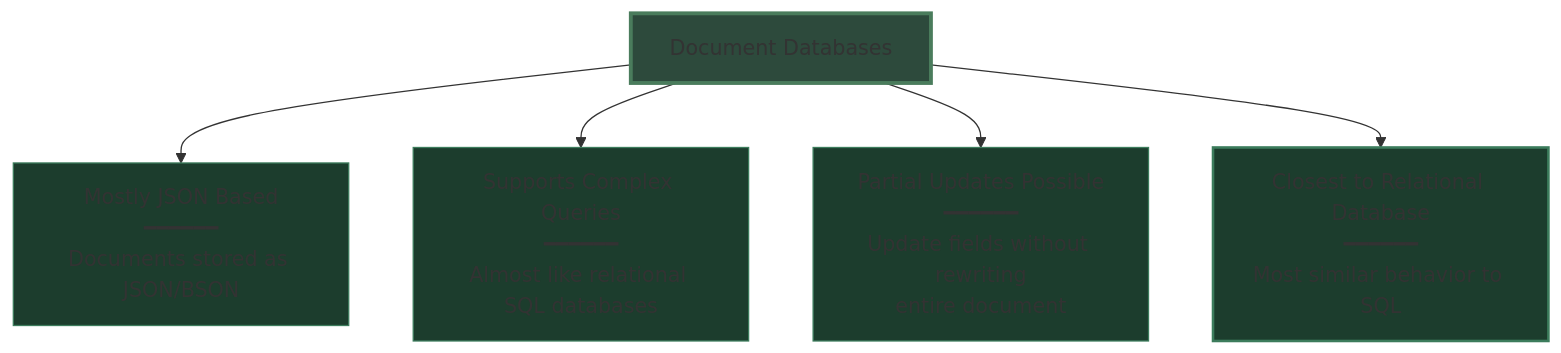
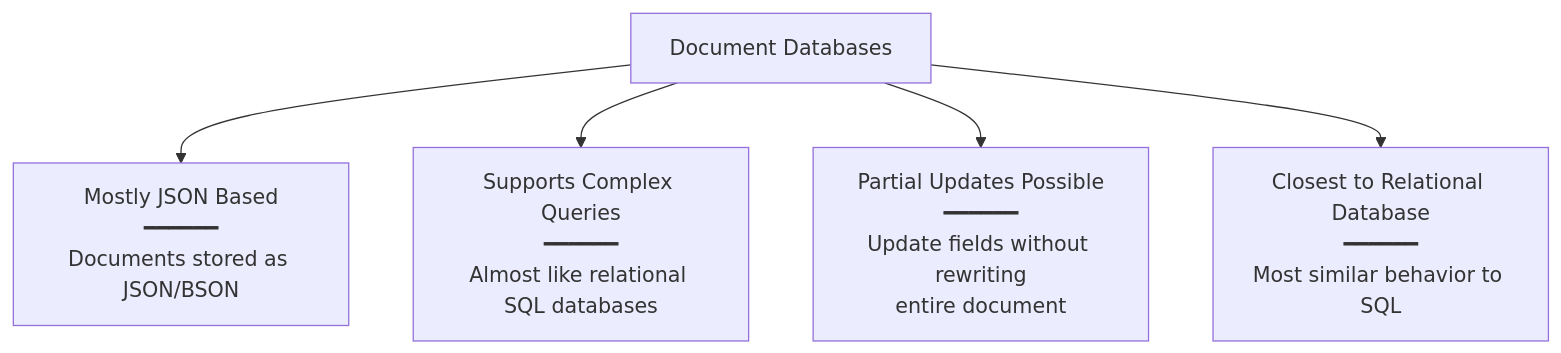
Before and after one commit to Yash-Kavaiya/The-System-Design-Masterclass: the fourth of 16 diagrams in system design beginner/9. Non-Relational Databases.md, drawn with Mermaid. The commit also changed other lines of this file, not shown here.

````diff
--- a/system design beginner/9. Non-Relational Databases.md
+++ b/system design beginner/9. Non-Relational Databases.md
@@ -88,18 +77,12 @@
 ```mermaid
 graph TB
     DOC[Document Databases]
     
     DOC --> JSON[Mostly JSON Based<br/>━━━━━━<br/>Documents stored as JSON/BSON]
     
     DOC --> QUERY[Supports Complex Queries<br/>━━━━━━<br/>Almost like relational SQL databases]
     
     DOC --> PARTIAL[Partial Updates Possible<br/>━━━━━━<br/>Update fields without rewriting<br/>entire document]
     
     DOC --> CLOSEST[Closest to Relational Database<br/>━━━━━━<br/>Most similar behavior to SQL]
-    
-    style DOC fill:#2d4a3c,stroke:#4a7c5c,stroke-width:3px
-    style JSON fill:#1c3d2d,stroke:#3c7c5c
-    style QUERY fill:#1c3d2d,stroke:#3c7c5c
-    style PARTIAL fill:#1c3d2d,stroke:#3c7c5c
-    style CLOSEST fill:#1c3d2d,stroke:#3c7c5c,stroke-width:2px
 ```
````
